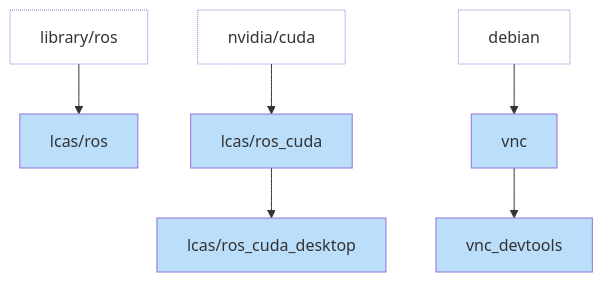
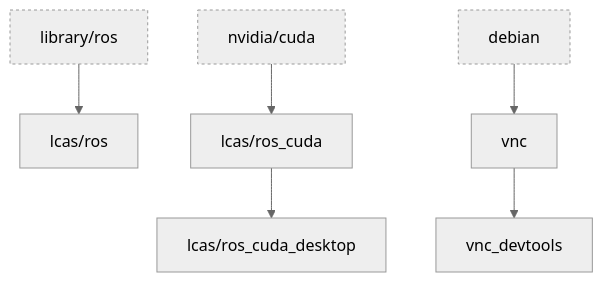
Before and after one commit to LCAS/aoc_container_base: the first of 2 diagrams in README.md, drawn with Mermaid. The commit also changed other lines of this file, not shown here.

Commit message:
docs: Enhance README with Development and Deployment sections
Added sections for Development and Deployment in README.

````diff
--- a/README.md
+++ b/README.md
@@ -17,17 +17,14 @@
 ```mermaid
+%%{init: {"theme":"neutral"}}%%
 flowchart TB
-    library/ros["library/ros"] --> lcas/ros["lcas/ros"]
-    nvidia/cuda["nvidia/cuda"] --> lcas/ros_cuda["lcas/ros_cuda"]
-    lcas/ros_cuda --> lcas/ros_cuda_desktop["lcas/ros_cuda_desktop"]
+    library_ros["library/ros"] --> lcas_ros["lcas/ros"]
+    nvidia_cuda["nvidia/cuda"] --> lcas_ros_cuda["lcas/ros_cuda"]
+    lcas_ros_cuda --> lcas_ros_cuda_desktop["lcas/ros_cuda_desktop"]
     debian["debian"] --> vnc["vnc"]
     vnc --> vnc_devtools["vnc_devtools"]
 
-    style library/ros stroke-width:1px,stroke-dasharray: 1,fill:#ffffff
-    style lcas/ros fill:#BBDEFB
-    style nvidia/cuda stroke-width:1px,stroke-dasharray: 1,fill:#ffffff
-    style lcas/ros_cuda fill:#BBDEFB
-    style lcas/ros_cuda_desktop fill:#BBDEFB
-    style debian stroke-width:1px,stroke-dasharray: 1,fill:#ffffff
-    style vnc fill:#BBDEFB
-    style vnc_devtools fill:#BBDEFB
+    %% External base images (dashed)
+    style library_ros stroke-width:1px,stroke-dasharray: 3 3
+    style nvidia_cuda stroke-width:1px,stroke-dasharray: 3 3
+    style debian stroke-width:1px,stroke-dasharray: 3 3
 ```
````
